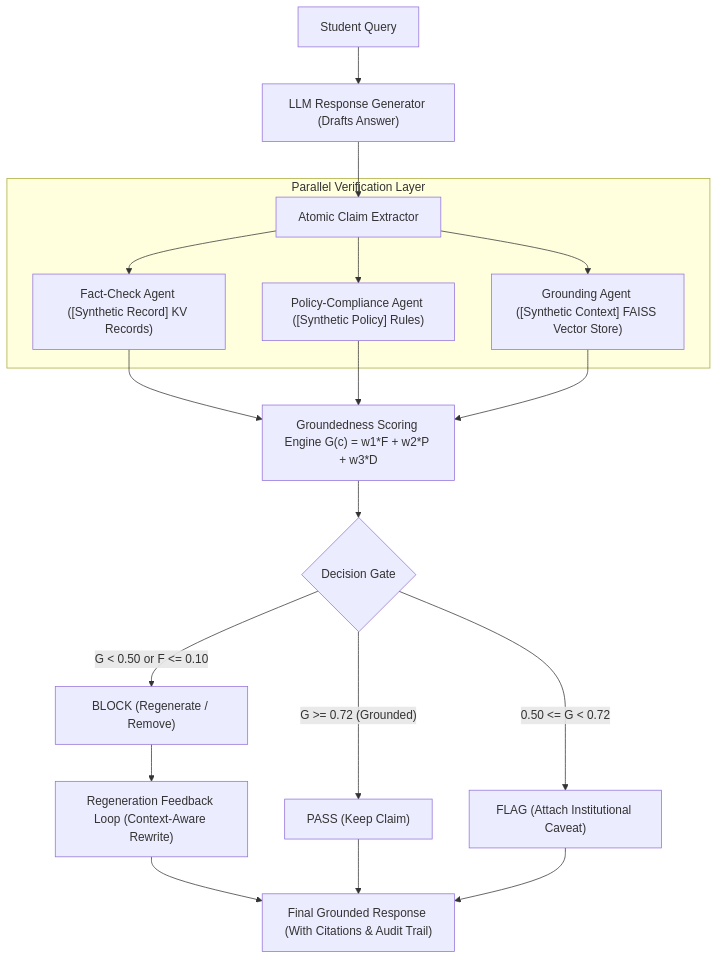
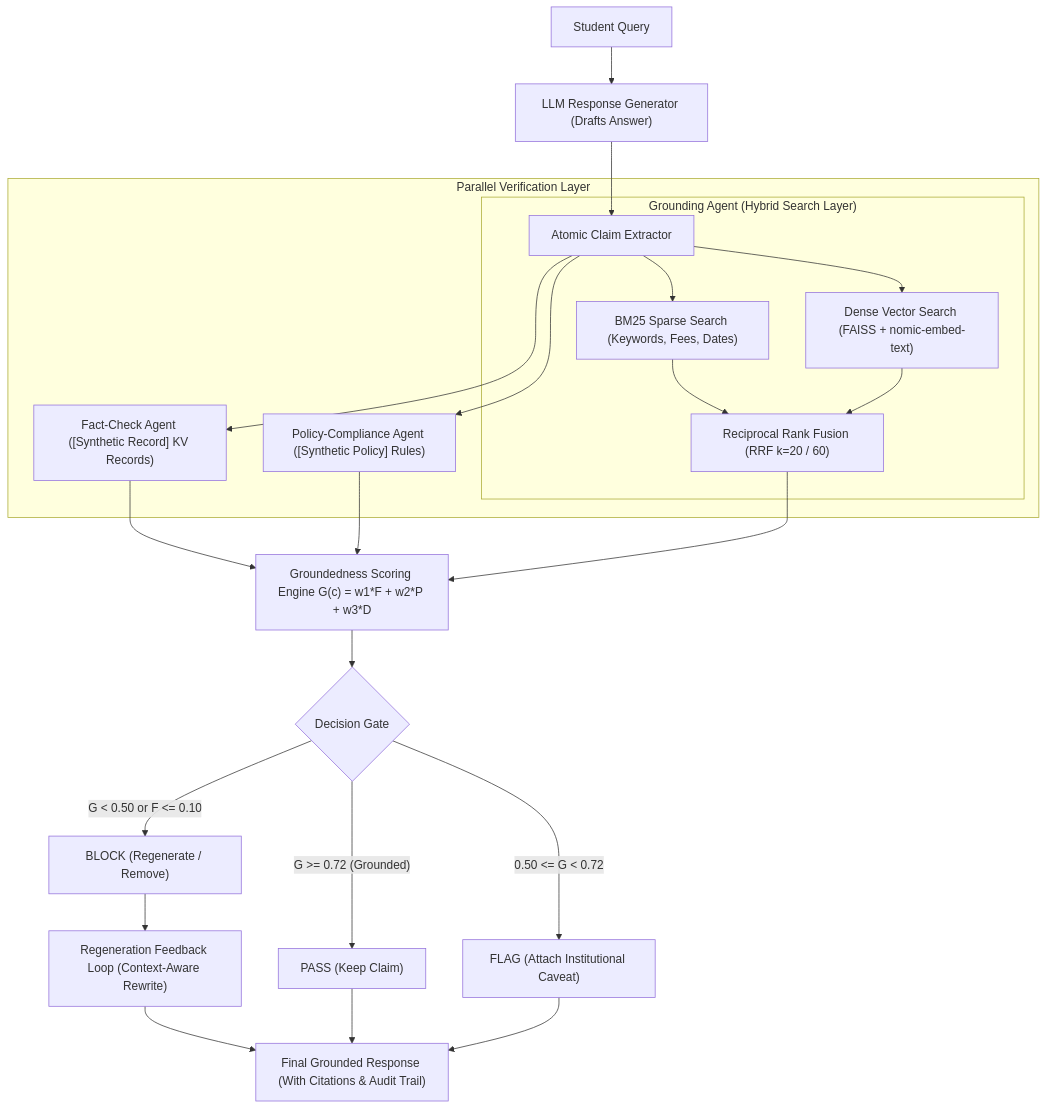
One commit to HanuP69/Capstone-Project changed the diagram in README.md. Above: the diagram before and after it, drawn with Mermaid. The commit also changed other lines of this file and 11 other files, not shown here.

Commit message:
feat: implement BM25 sparse search and Reciprocal Rank Fusion (RRF) hybrid retrieval with cross-benchmark comparison

````diff
--- a/README.md
+++ b/README.md
@@ -30,25 +30,30 @@
 ```mermaid
 flowchart TD
     Q["Student Query"] --> GEN["LLM Response Generator (Drafts Answer)"]
     GEN --> EXT["Atomic Claim Extractor"]
     
     subgraph MultiAgent ["Parallel Verification Layer"]
         EXT --> FC["Fact-Check Agent ([Synthetic Record] KV Records)"]
         EXT --> PC["Policy-Compliance Agent ([Synthetic Policy] Rules)"]
-        EXT --> GA["Grounding Agent ([Synthetic Context] FAISS Vector Store)"]
+        subgraph HybridRetrieval ["Grounding Agent (Hybrid Search Layer)"]
+            EXT --> BM["BM25 Sparse Search (Keywords, Fees, Dates)"]
+            EXT --> DV["Dense Vector Search (FAISS + nomic-embed-text)"]
+            BM --> RRF["Reciprocal Rank Fusion (RRF k=20 / 60)"]
+            DV --> RRF
+        end
     end
     
     FC --> SC["Groundedness Scoring Engine G(c) = w1*F + w2*P + w3*D"]
     PC --> SC
-    GA --> SC
+    RRF --> SC
     
     SC --> GATE{"Decision Gate"}
     GATE -- "G >= 0.72 (Grounded)" --> PASS["PASS (Keep Claim)"]
     GATE -- "0.50 <= G < 0.72" --> FLAG["FLAG (Attach Institutional Caveat)"]
     GATE -- "G < 0.50 or F <= 0.10" --> BLOCK["BLOCK (Regenerate / Remove)"]
     
     BLOCK --> REGEN["Regeneration Feedback Loop (Context-Aware Rewrite)"]
     REGEN --> FINAL["Final Grounded Response (With Citations & Audit Trail)"]
     PASS --> FINAL
     FLAG --> FINAL
 ```
````
